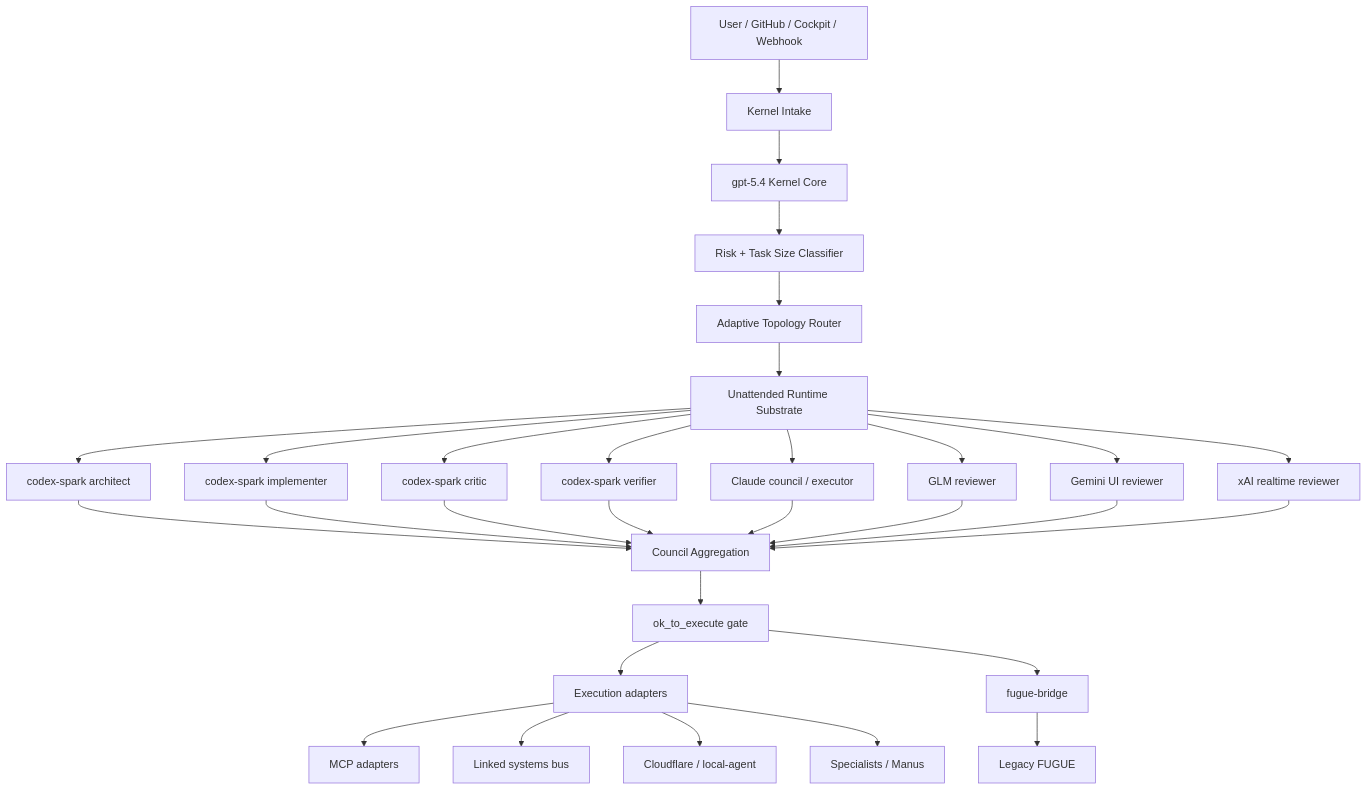
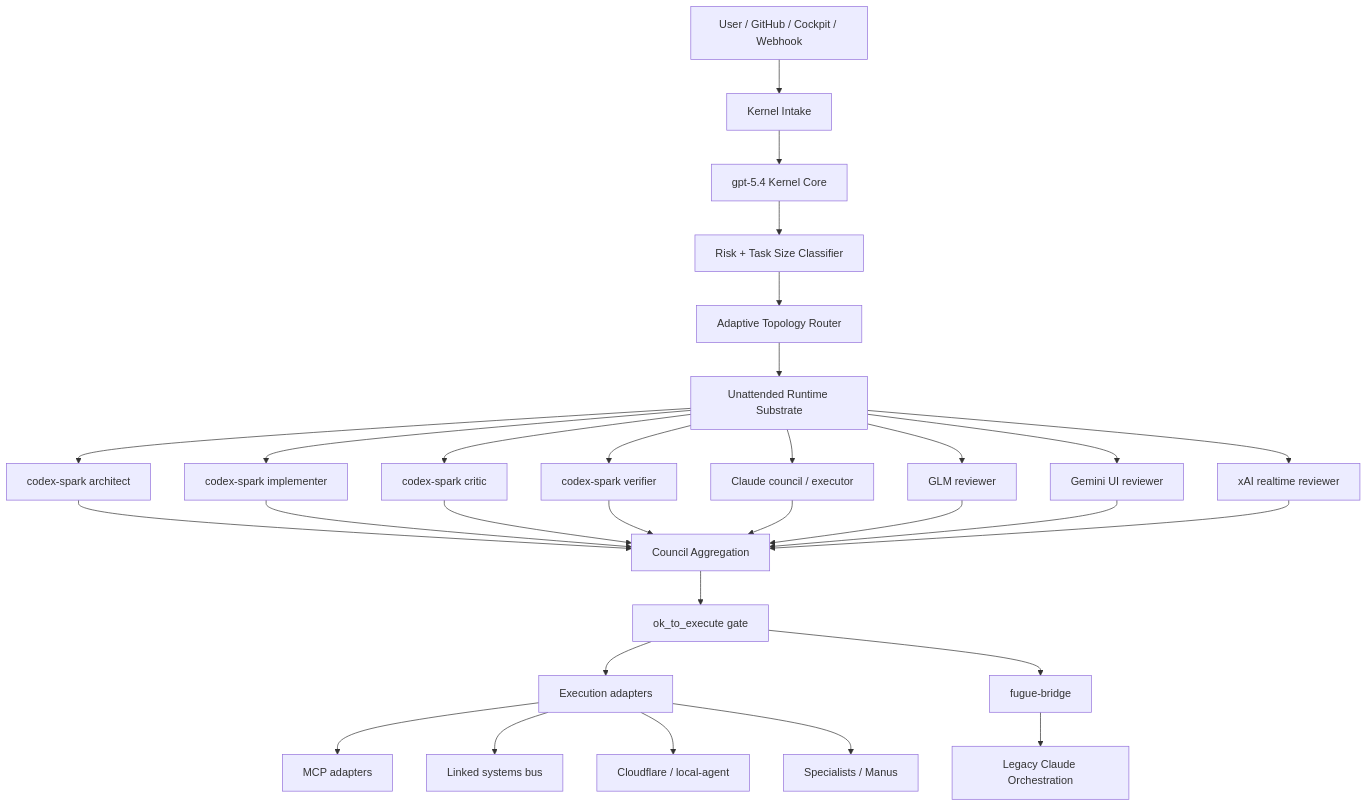
One commit to cursorvers/fugue-orchestrator changed the diagram in docs/kernel-structure.md. Above: the diagram before and after it, drawn with Mermaid. The commit also changed other lines of this file and 39 other files, not shown here.

````diff
--- a/docs/kernel-structure.md
+++ b/docs/kernel-structure.md
@@ -85,38 +85,38 @@
 ```mermaid
 flowchart TD
     U[User / GitHub / Cockpit / Webhook] --> I[Kernel Intake]
     I --> C[gpt-5.4 Kernel Core]
     C --> R[Risk + Task Size Classifier]
     R --> T[Adaptive Topology Router]
     T --> S[Unattended Runtime Substrate]
 
     S --> P1[codex-spark architect]
     S --> P2[codex-spark implementer]
     S --> P3[codex-spark critic]
     S --> P4[codex-spark verifier]
 
     S --> V1[Claude council / executor]
     S --> V2[GLM reviewer]
     S --> V3[Gemini UI reviewer]
     S --> V4[xAI realtime reviewer]
 
     P1 --> A[Council Aggregation]
     P2 --> A
     P3 --> A
     P4 --> A
     V1 --> A
     V2 --> A
     V3 --> A
     V4 --> A
 
     A --> G[ok_to_execute gate]
     G --> E[Execution adapters]
 
     E --> M[MCP adapters]
     E --> L[Linked systems bus]
     E --> W[Cloudflare / local-agent]
     E --> SP[Specialists / Manus]
 
     G --> F[fugue-bridge]
-    F --> LF[Legacy FUGUE]
+    F --> LF[Legacy Claude Orchestration]
 ```
````
